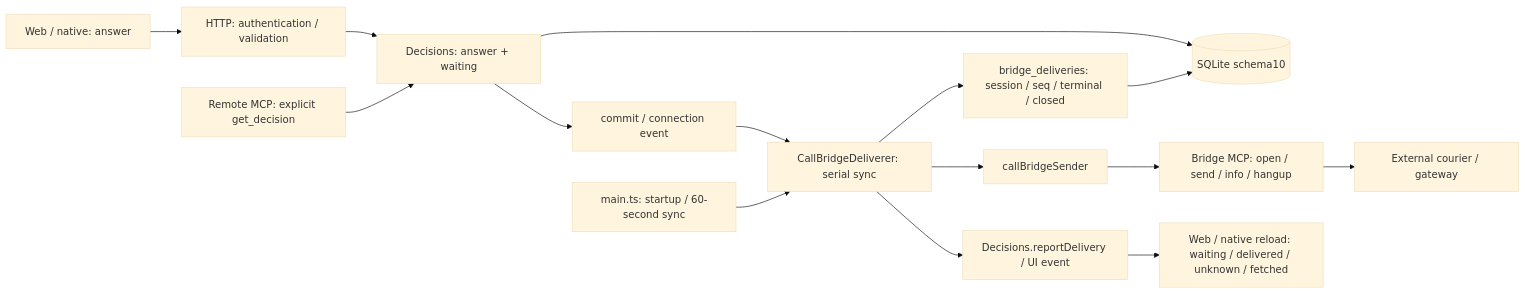
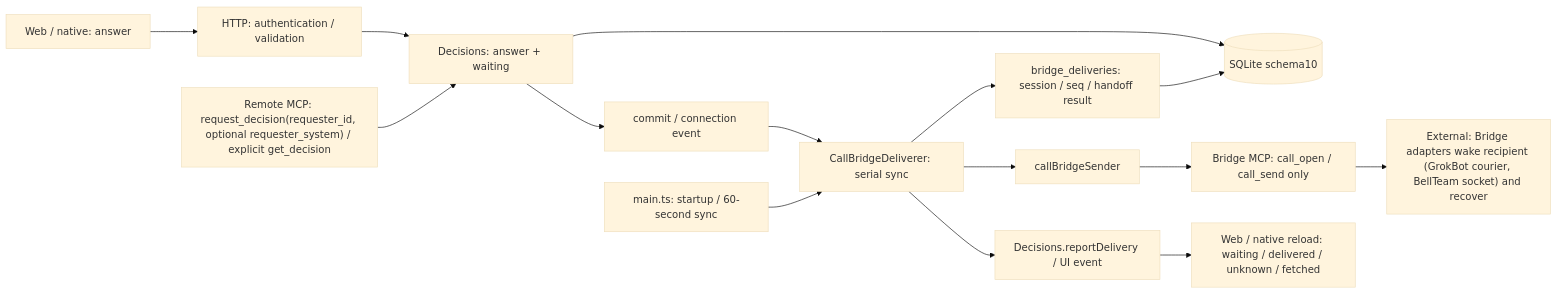
The diagram in docs/architecture/grok-delivery/overview.mmd (kitepon/approval-box), drawn with Mermaid (base theme) before and after one commit. The commit also changed 7 other files, not shown here.

```diff
--- a/docs/architecture/grok-delivery/overview.mmd
+++ b/docs/architecture/grok-delivery/overview.mmd
@@ -1,15 +1,15 @@
 flowchart LR
  Owner["Web / native: answer"] --> HTTP["HTTP: authentication / validation"]
  HTTP --> Decisions["Decisions: answer + waiting"]
  Decisions --> DB[("SQLite schema10")]
  Decisions --> Events["commit / connection event"]
  Events --> Worker["CallBridgeDeliverer: serial sync"]
  Timer["main.ts: startup / 60-second sync"] --> Worker
- Worker --> Journal["bridge_deliveries: session / seq / terminal / closed"]
+ Worker --> Journal["bridge_deliveries: session / seq / handoff result"]
  Journal --> DB
  Worker --> Sender["callBridgeSender"]
- Sender --> Bridge["Bridge MCP: open / send / info / hangup"]
- Bridge --> Courier["External courier / gateway"]
+ Sender --> Bridge["Bridge MCP: call_open / call_send only"]
+ Bridge --> Recipient["External: Bridge adapters wake recipient (GrokBot courier, BellTeam socket) and recover"]
  Worker --> Result["Decisions.reportDelivery / UI event"]
  Result --> UI["Web / native reload: waiting / delivered / unknown / fetched"]
- Remote["Remote MCP: explicit get_decision"] --> Decisions
+ Remote["Remote MCP: request_decision(requester_id, optional requester_system) / explicit get_decision"] --> Decisions
```
